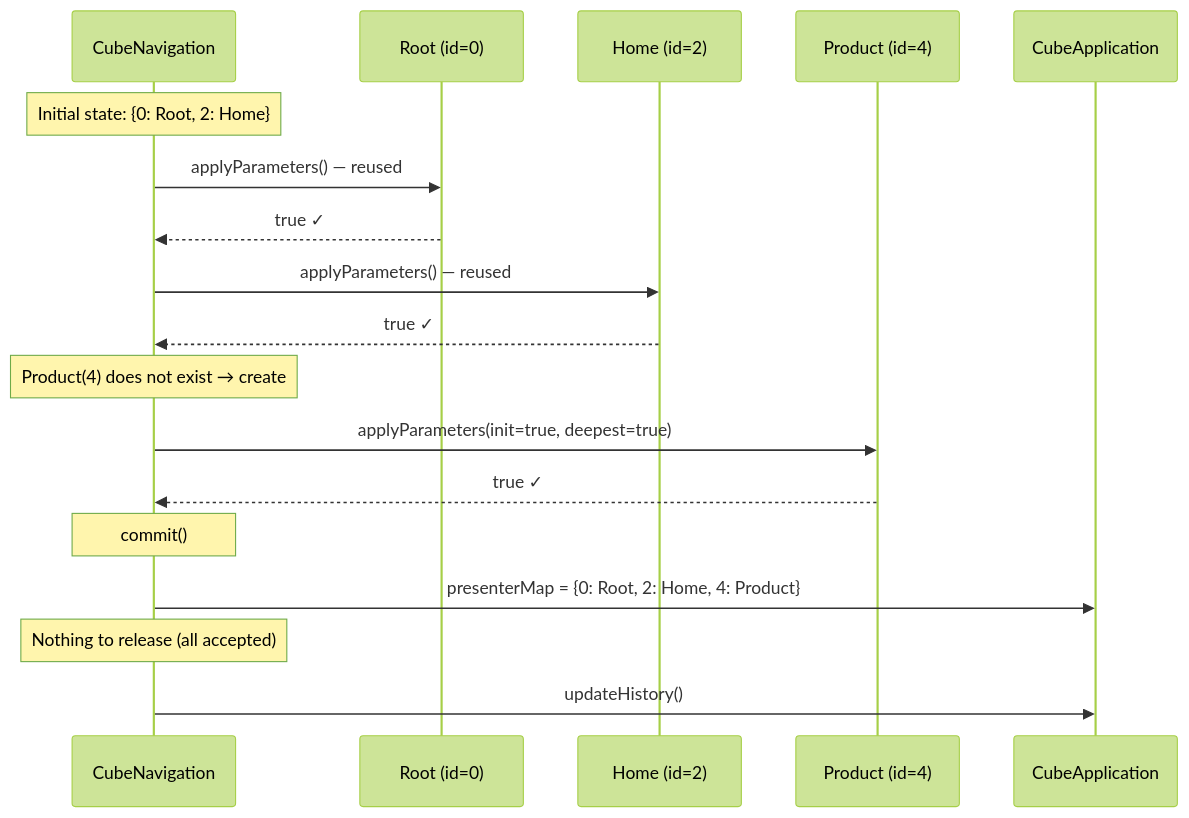
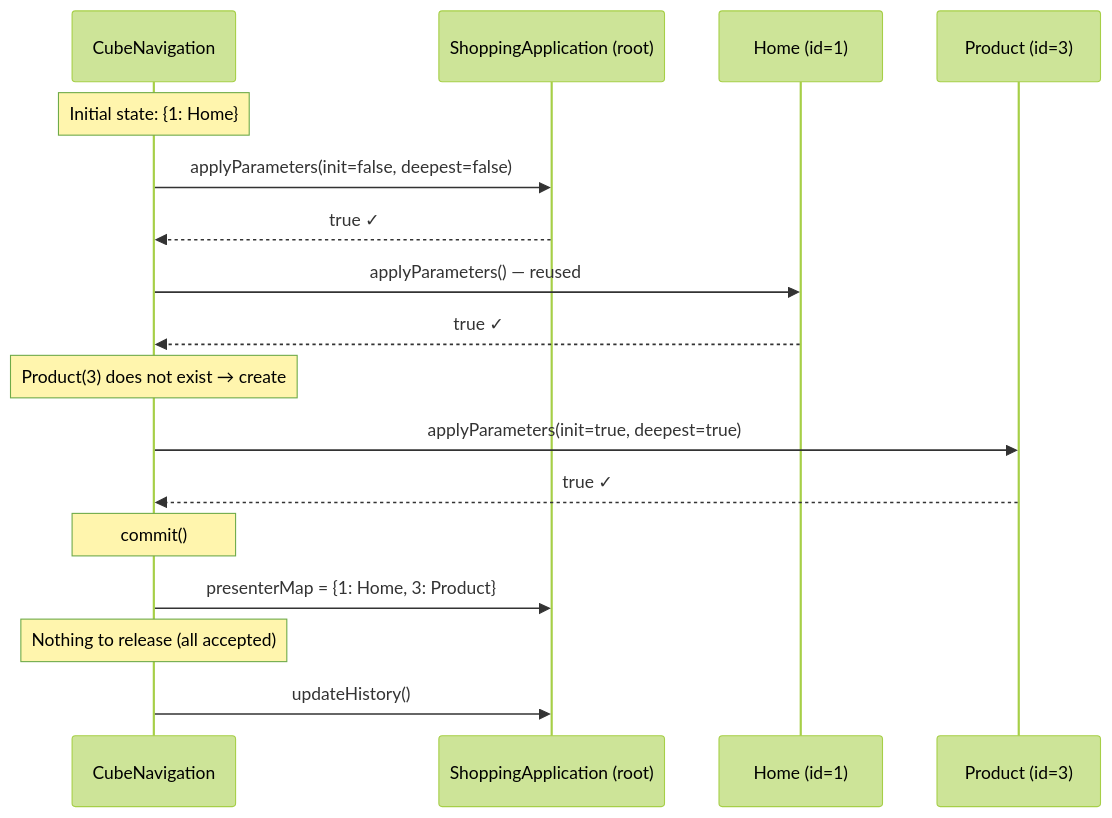
One commit to mrcdom/wdc-cube-kotlin changed the eighth of 19 diagrams in docs/architecture-cube.md. Above: the diagram before and after it, drawn with Mermaid (forest theme). The commit also changed other lines of this file and 22 other files, not shown here.

First line of the commit message:
refactor(presentation): ShoppingApplication absorbs RootPresenter

````diff
--- a/docs/architecture-cube.md
+++ b/docs/architecture-cube.md
@@ -515,25 +519,24 @@
 ```mermaid
 sequenceDiagram
     participant Nav as CubeNavigation
-    participant Root as Root (id=0)
-    participant Home as Home (id=2)
-    participant Prod as Product (id=4)
-    participant App as CubeApplication
+    participant App as ShoppingApplication (root)
+    participant Home as Home (id=1)
+    participant Prod as Product (id=3)
 
-    Note over Nav: Initial state: {0: Root, 2: Home}
+    Note over Nav: Initial state: {1: Home}
 
-    Nav->>Root: applyParameters() — reused
-    Root-->>Nav: true ✓
+    Nav->>App: applyParameters(init=false, deepest=false)
+    App-->>Nav: true ✓
 
     Nav->>Home: applyParameters() — reused
     Home-->>Nav: true ✓
 
-    Note over Nav: Product(4) does not exist → create
+    Note over Nav: Product(3) does not exist → create
     Nav->>Prod: applyParameters(init=true, deepest=true)
     Prod-->>Nav: true ✓
 
     Note over Nav: commit()
-    Nav->>App: presenterMap = {0: Root, 2: Home, 4: Product}
+    Nav->>App: presenterMap = {1: Home, 3: Product}
     Note over Nav: Nothing to release (all accepted)
     Nav->>App: updateHistory()
 ```
````
